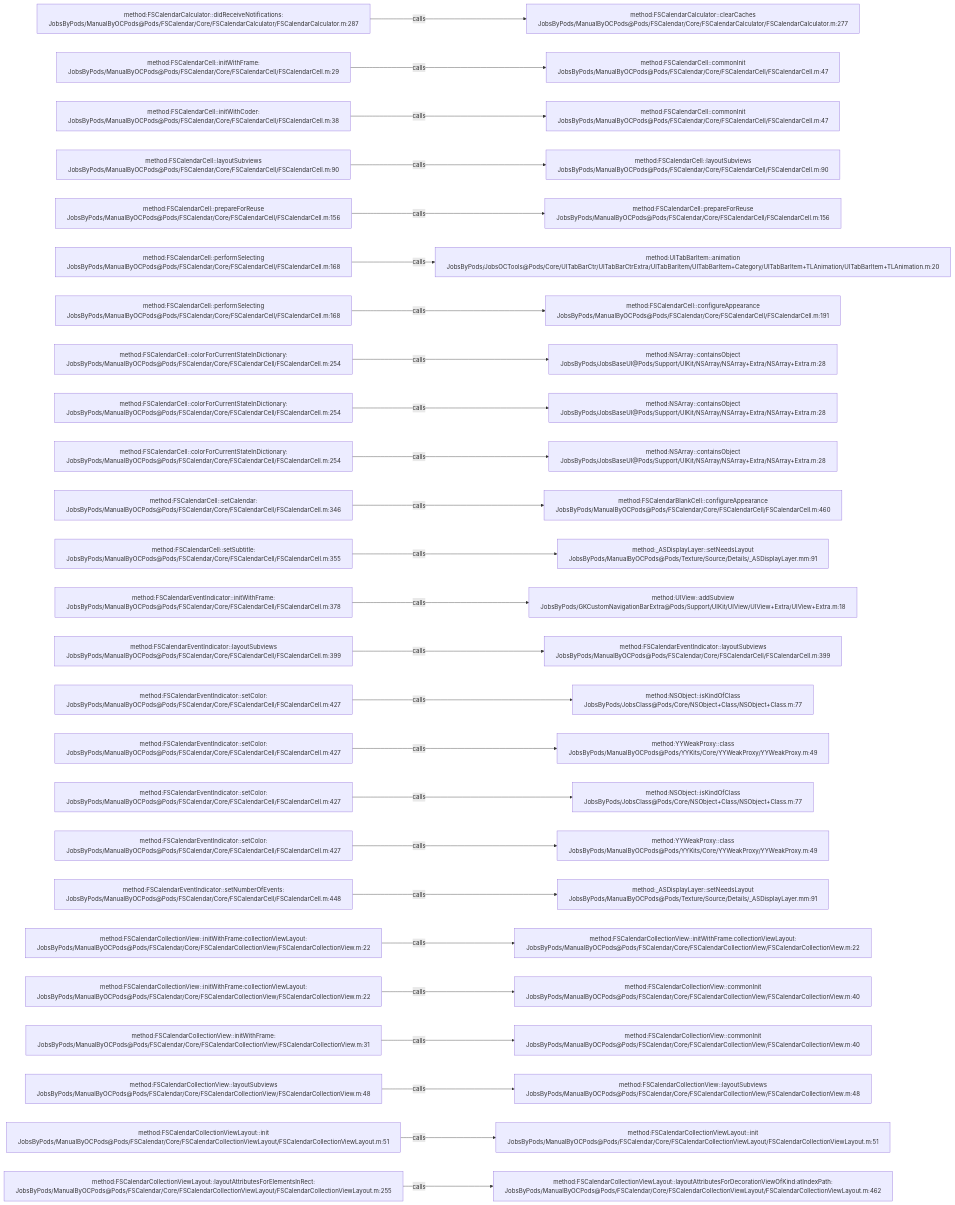
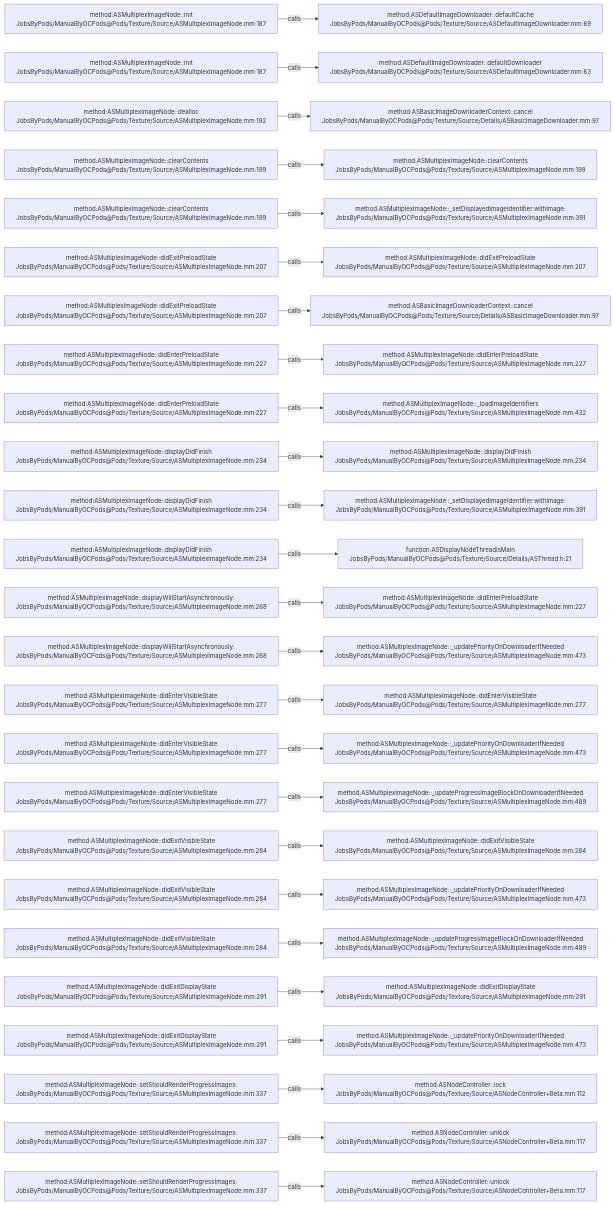
One commit to JobsKits/JobsOCBaseConfigDemo changed the diagram in .codegraph/codegraph.md/graphs/calls-122.md. Above: the diagram before and after it, drawn with Mermaid. The commit also changed 2162 other files, not shown here.

````diff
--- a/.codegraph/codegraph.md/graphs/calls-122.md
+++ b/.codegraph/codegraph.md/graphs/calls-122.md
@@ -13,78 +13,78 @@
 ```mermaid
 flowchart LR
-  S1["method:FSCalendarCalculator::didReceiveNotifications:<br/>JobsByPods/ManualByOCPods@Pods/FSCalendar/Core/FSCalendarCalculator/FSCalendarCalculator.m:287"]
-  T1["method:FSCalendarCalculator::clearCaches<br/>JobsByPods/ManualByOCPods@Pods/FSCalendar/Core/FSCalendarCalculator/FSCalendarCalculator.m:277"]
+  S1["method:ASMultiplexImageNode::init<br/>JobsByPods/ManualByOCPods@Pods/Texture/Source/ASMultiplexImageNode.mm:187"]
+  T1["method:ASDefaultImageDownloader::defaultCache<br/>JobsByPods/ManualByOCPods@Pods/Texture/Source/ASDefaultImageDownloader.mm:69"]
   S1 -->|calls| T1
-  S2["method:FSCalendarCell::initWithFrame:<br/>JobsByPods/ManualByOCPods@Pods/FSCalendar/Core/FSCalendarCell/FSCalendarCell.m:29"]
-  T2["method:FSCalendarCell::commonInit<br/>JobsByPods/ManualByOCPods@Pods/FSCalendar/Core/FSCalendarCell/FSCalendarCell.m:47"]
+  S2["method:ASMultiplexImageNode::init<br/>JobsByPods/ManualByOCPods@Pods/Texture/Source/ASMultiplexImageNode.mm:187"]
+  T2["method:ASDefaultImageDownloader::defaultDownloader<br/>JobsByPods/ManualByOCPods@Pods/Texture/Source/ASDefaultImageDownloader.mm:63"]
   S2 -->|calls| T2
-  S3["method:FSCalendarCell::initWithCoder:<br/>JobsByPods/ManualByOCPods@Pods/FSCalendar/Core/FSCalendarCell/FSCalendarCell.m:38"]
-  T3["method:FSCalendarCell::commonInit<br/>JobsByPods/ManualByOCPods@Pods/FSCalendar/Core/FSCalendarCell/FSCalendarCell.m:47"]
+  S3["method:ASMultiplexImageNode::dealloc<br/>JobsByPods/ManualByOCPods@Pods/Texture/Source/ASMultiplexImageNode.mm:192"]
+  T3["method:ASBasicImageDownloaderContext::cancel<br/>JobsByPods/ManualByOCPods@Pods/Texture/Source/Details/ASBasicImageDownloader.mm:97"]
   S3 -->|calls| T3
-  S4["method:FSCalendarCell::layoutSubviews<br/>JobsByPods/ManualByOCPods@Pods/FSCalendar/Core/FSCalendarCell/FSCalendarCell.m:90"]
-  T4["method:FSCalendarCell::layoutSubviews<br/>JobsByPods/ManualByOCPods@Pods/FSCalendar/Core/FSCalendarCell/FSCalendarCell.m:90"]
+  S4["method:ASMultiplexImageNode::clearContents<br/>JobsByPods/ManualByOCPods@Pods/Texture/Source/ASMultiplexImageNode.mm:199"]
+  T4["method:ASMultiplexImageNode::clearContents<br/>JobsByPods/ManualByOCPods@Pods/Texture/Source/ASMultiplexImageNode.mm:199"]
   S4 -->|calls| T4
-  S5["method:FSCalendarCell::prepareForReuse<br/>JobsByPods/ManualByOCPods@Pods/FSCalendar/Core/FSCalendarCell/FSCalendarCell.m:156"]
-  T5["method:FSCalendarCell::prepareForReuse<br/>JobsByPods/ManualByOCPods@Pods/FSCalendar/Core/FSCalendarCell/FSCalendarCell.m:156"]
+  S5["method:ASMultiplexImageNode::clearContents<br/>JobsByPods/ManualByOCPods@Pods/Texture/Source/ASMultiplexImageNode.mm:199"]
+  T5["method:ASMultiplexImageNode::_setDisplayedImageIdentifier:withImage:<br/>JobsByPods/ManualByOCPods@Pods/Texture/Source/ASMultiplexImageNode.mm:391"]
   S5 -->|calls| T5
-  S6["method:FSCalendarCell::performSelecting<br/>JobsByPods/ManualByOCPods@Pods/FSCalendar/Core/FSCalendarCell/FSCalendarCell.m:168"]
-  T6["method:UITabBarItem::animation<br/>JobsByPods/JobsOCTools@Pods/Core/UITabBarCtr/UITabBarCtrExtra/UITabBarItem/UITabBarItem+Category/UITabBarItem+TLAnimation/UITabBarItem+TLAnimation.m:20"]
+  S6["method:ASMultiplexImageNode::didExitPreloadState<br/>JobsByPods/ManualByOCPods@Pods/Texture/Source/ASMultiplexImageNode.mm:207"]
+  T6["method:ASMultiplexImageNode::didExitPreloadState<br/>JobsByPods/ManualByOCPods@Pods/Texture/Source/ASMultiplexImageNode.mm:207"]
   S6 -->|calls| T6
-  S7["method:FSCalendarCell::performSelecting<br/>JobsByPods/ManualByOCPods@Pods/FSCalendar/Core/FSCalendarCell/FSCalendarCell.m:168"]
-  T7["method:FSCalendarCell::configureAppearance<br/>JobsByPods/ManualByOCPods@Pods/FSCalendar/Core/FSCalendarCell/FSCalendarCell.m:191"]
+  S7["method:ASMultiplexImageNode::didExitPreloadState<br/>JobsByPods/ManualByOCPods@Pods/Texture/Source/ASMultiplexImageNode.mm:207"]
+  T7["method:ASBasicImageDownloaderContext::cancel<br/>JobsByPods/ManualByOCPods@Pods/Texture/Source/Details/ASBasicImageDownloader.mm:97"]
   S7 -->|calls| T7
-  S8["method:FSCalendarCell::colorForCurrentStateInDictionary:<br/>JobsByPods/ManualByOCPods@Pods/FSCalendar/Core/FSCalendarCell/FSCalendarCell.m:254"]
-  T8["method:NSArray::containsObject<br/>JobsByPods/JobsBaseUI@Pods/Support/UIKit/NSArray/NSArray+Extra/NSArray+Extra.m:28"]
+  S8["method:ASMultiplexImageNode::didEnterPreloadState<br/>JobsByPods/ManualByOCPods@Pods/Texture/Source/ASMultiplexImageNode.mm:227"]
+  T8["method:ASMultiplexImageNode::didEnterPreloadState<br/>JobsByPods/ManualByOCPods@Pods/Texture/Source/ASMultiplexImageNode.mm:227"]
   S8 -->|calls| T8
-  S9["method:FSCalendarCell::colorForCurrentStateInDictionary:<br/>JobsByPods/ManualByOCPods@Pods/FSCalendar/Core/FSCalendarCell/FSCalendarCell.m:254"]
-  T9["method:NSArray::containsObject<br/>JobsByPods/JobsBaseUI@Pods/Support/UIKit/NSArray/NSArray+Extra/NSArray+Extra.m:28"]
+  S9["method:ASMultiplexImageNode::didEnterPreloadState<br/>JobsByPods/ManualByOCPods@Pods/Texture/Source/ASMultiplexImageNode.mm:227"]
+  T9["method:ASMultiplexImageNode::_loadImageIdentifiers<br/>JobsByPods/ManualByOCPods@Pods/Texture/Source/ASMultiplexImageNode.mm:432"]
   S9 -->|calls| T9
-  S10["method:FSCalendarCell::colorForCurrentStateInDictionary:<br/>JobsByPods/ManualByOCPods@Pods/FSCalendar/Core/FSCalendarCell/FSCalendarCell.m:254"]
-  T10["method:NSArray::containsObject<br/>JobsByPods/JobsBaseUI@Pods/Support/UIKit/NSArray/NSArray+Extra/NSArray+Extra.m:28"]
+  S10["method:ASMultiplexImageNode::displayDidFinish<br/>JobsByPods/ManualByOCPods@Pods/Texture/Source/ASMultiplexImageNode.mm:234"]
+  T10["method:ASMultiplexImageNode::displayDidFinish<br/>JobsByPods/ManualByOCPods@Pods/Texture/Source/ASMultiplexImageNode.mm:234"]
   S10 -->|calls| T10
-  S11["method:FSCalendarCell::setCalendar:<br/>JobsByPods/ManualByOCPods@Pods/FSCalendar/Core/FSCalendarCell/FSCalendarCell.m:346"]
-  T11["method:FSCalendarBlankCell::configureAppearance<br/>JobsByPods/ManualByOCPods@Pods/FSCalendar/Core/FSCalendarCell/FSCalendarCell.m:460"]
+  S11["method:ASMultiplexImageNode::displayDidFinish<br/>JobsByPods/ManualByOCPods@Pods/Texture/Source/ASMultiplexImageNode.mm:234"]
+  T11["method:ASMultiplexImageNode::_setDisplayedImageIdentifier:withImage:<br/>JobsByPods/ManualByOCPods@Pods/Texture/Source/ASMultiplexImageNode.mm:391"]
   S11 -->|calls| T11
-  S12["method:FSCalendarCell::setSubtitle:<br/>JobsByPods/ManualByOCPods@Pods/FSCalendar/Core/FSCalendarCell/FSCalendarCell.m:355"]
-  T12["method:_ASDisplayLayer::setNeedsLayout<br/>JobsByPods/ManualByOCPods@Pods/Texture/Source/Details/_ASDisplayLayer.mm:91"]
+  S12["method:ASMultiplexImageNode::displayDidFinish<br/>JobsByPods/ManualByOCPods@Pods/Texture/Source/ASMultiplexImageNode.mm:234"]
+  T12["function:ASDisplayNodeThreadIsMain<br/>JobsByPods/ManualByOCPods@Pods/Texture/Source/Details/ASThread.h:21"]
   S12 -->|calls| T12
-  S13["method:FSCalendarEventIndicator::initWithFrame:<br/>JobsByPods/ManualByOCPods@Pods/FSCalendar/Core/FSCalendarCell/FSCalendarCell.m:378"]
-  T13["method:UIView::addSubview<br/>JobsByPods/GKCustomNavigationBarExtra@Pods/Support/UIKit/UIView/UIView+Extra/UIView+Extra.m:18"]
+  S13["method:ASMultiplexImageNode::displayWillStartAsynchronously:<br/>JobsByPods/ManualByOCPods@Pods/Texture/Source/ASMultiplexImageNode.mm:268"]
+  T13["method:ASMultiplexImageNode::didEnterPreloadState<br/>JobsByPods/ManualByOCPods@Pods/Texture/Source/ASMultiplexImageNode.mm:227"]
   S13 -->|calls| T13
-  S14["method:FSCalendarEventIndicator::layoutSubviews<br/>JobsByPods/ManualByOCPods@Pods/FSCalendar/Core/FSCalendarCell/FSCalendarCell.m:399"]
-  T14["method:FSCalendarEventIndicator::layoutSubviews<br/>JobsByPods/ManualByOCPods@Pods/FSCalendar/Core/FSCalendarCell/FSCalendarCell.m:399"]
+  S14["method:ASMultiplexImageNode::displayWillStartAsynchronously:<br/>JobsByPods/ManualByOCPods@Pods/Texture/Source/ASMultiplexImageNode.mm:268"]
+  T14["method:ASMultiplexImageNode::_updatePriorityOnDownloaderIfNeeded<br/>JobsByPods/ManualByOCPods@Pods/Texture/Source/ASMultiplexImageNode.mm:473"]
   S14 -->|calls| T14
-  S15["method:FSCalendarEventIndicator::setColor:<br/>JobsByPods/ManualByOCPods@Pods/FSCalendar/Core/FSCalendarCell/FSCalendarCell.m:427"]
-  T15["method:NSObject::isKindOfClass<br/>JobsByPods/JobsClass@Pods/Core/NSObject+Class/NSObject+Class.m:77"]
+  S15["method:ASMultiplexImageNode::didEnterVisibleState<br/>JobsByPods/ManualByOCPods@Pods/Texture/Source/ASMultiplexImageNode.mm:277"]
+  T15["method:ASMultiplexImageNode::didEnterVisibleState<br/>JobsByPods/ManualByOCPods@Pods/Texture/Source/ASMultiplexImageNode.mm:277"]
   S15 -->|calls| T15
-  S16["method:FSCalendarEventIndicator::setColor:<br/>JobsByPods/ManualByOCPods@Pods/FSCalendar/Core/FSCalendarCell/FSCalendarCell.m:427"]
-  T16["method:YYWeakProxy::class<br/>JobsByPods/ManualByOCPods@Pods/YYKits/Core/YYWeakProxy/YYWeakProxy.m:49"]
+  S16["method:ASMultiplexImageNode::didEnterVisibleState<br/>JobsByPods/ManualByOCPods@Pods/Texture/Source/ASMultiplexImageNode.mm:277"]
+  T16["method:ASMultiplexImageNode::_updatePriorityOnDownloaderIfNeeded<br/>JobsByPods/ManualByOCPods@Pods/Texture/Source/ASMultiplexImageNode.mm:473"]
   S16 -->|calls| T16
-  S17["method:FSCalendarEventIndicator::setColor:<br/>JobsByPods/ManualByOCPods@Pods/FSCalendar/Core/FSCalendarCell/FSCalendarCell.m:427"]
-  T17["method:NSObject::isKindOfClass<br/>JobsByPods/JobsClass@Pods/Core/NSObject+Class/NSObject+Class.m:77"]
+  S17["method:ASMultiplexImageNode::didEnterVisibleState<br/>JobsByPods/ManualByOCPods@Pods/Texture/Source/ASMultiplexImageNode.mm:277"]
+  T17["method:ASMultiplexImageNode::_updateProgressImageBlockOnDownloaderIfNeeded<br/>JobsByPods/ManualByOCPods@Pods/Texture/Source/ASMultiplexImageNode.mm:489"]
   S17 -->|calls| T17
-  S18["method:FSCalendarEventIndicator::setColor:<br/>JobsByPods/ManualByOCPods@Pods/FSCalendar/Core/FSCalendarCell/FSCalendarCell.m:427"]
-  T18["method:YYWeakProxy::class<br/>JobsByPods/ManualByOCPods@Pods/YYKits/Core/YYWeakProxy/YYWeakProxy.m:49"]
+  S18["method:ASMultiplexImageNode::didExitVisibleState<br/>JobsByPods/ManualByOCPods@Pods/Texture/Source/ASMultiplexImageNode.mm:284"]
+  T18["method:ASMultiplexImageNode::didExitVisibleState<br/>JobsByPods/ManualByOCPods@Pods/Texture/Source/ASMultiplexImageNode.mm:284"]
   S18 -->|calls| T18
-  S19["method:FSCalendarEventIndicator::setNumberOfEvents:<br/>JobsByPods/ManualByOCPods@Pods/FSCalendar/Core/FSCalendarCell/FSCalendarCell.m:448"]
-  T19["method:_ASDisplayLayer::setNeedsLayout<br/>JobsByPods/ManualByOCPods@Pods/Texture/Source/Details/_ASDisplayLayer.mm:91"]
+  S19["method:ASMultiplexImageNode::didExitVisibleState<br/>JobsByPods/ManualByOCPods@Pods/Texture/Source/ASMultiplexImageNode.mm:284"]
+  T19["method:ASMultiplexImageNode::_updatePriorityOnDownloaderIfNeeded<br/>JobsByPods/ManualByOCPods@Pods/Texture/Source/ASMultiplexImageNode.mm:473"]
   S19 -->|calls| T19
-  S20["method:FSCalendarCollectionView::initWithFrame:collectionViewLayout:<br/>JobsByPods/ManualByOCPods@Pods/FSCalendar/Core/FSCalendarCollectionView/FSCalendarCollectionView.m:22"]
-  T20["method:FSCalendarCollectionView::initWithFrame:collectionViewLayout:<br/>JobsByPods/ManualByOCPods@Pods/FSCalendar/Core/FSCalendarCollectionView/FSCalendarCollectionView.m:22"]
+  S20["method:ASMultiplexImageNode::didExitVisibleState<br/>JobsByPods/ManualByOCPods@Pods/Texture/Source/ASMultiplexImageNode.mm:284"]
+  T20["method:ASMultiplexImageNode::_updateProgressImageBlockOnDownloaderIfNeeded<br/>JobsByPods/ManualByOCPods@Pods/Texture/Source/ASMultiplexImageNode.mm:489"]
   S20 -->|calls| T20
-  S21["method:FSCalendarCollectionView::initWithFrame:collectionViewLayout:<br/>JobsByPods/ManualByOCPods@Pods/FSCalendar/Core/FSCalendarCollectionView/FSCalendarCollectionView.m:22"]
-  T21["method:FSCalendarCollectionView::commonInit<br/>JobsByPods/ManualByOCPods@Pods/FSCalendar/Core/FSCalendarCollectionView/FSCalendarCollectionView.m:40"]
+  S21["method:ASMultiplexImageNode::didExitDisplayState<br/>JobsByPods/ManualByOCPods@Pods/Texture/Source/ASMultiplexImageNode.mm:291"]
+  T21["method:ASMultiplexImageNode::didExitDisplayState<br/>JobsByPods/ManualByOCPods@Pods/Texture/Source/ASMultiplexImageNode.mm:291"]
   S21 -->|calls| T21
-  S22["method:FSCalendarCollectionView::initWithFrame:<br/>JobsByPods/ManualByOCPods@Pods/FSCalendar/Core/FSCalendarCollectionView/FSCalendarCollectionView.m:31"]
-  T22["method:FSCalendarCollectionView::commonInit<br/>JobsByPods/ManualByOCPods@Pods/FSCalendar/Core/FSCalendarCollectionView/FSCalendarCollectionView.m:40"]
+  S22["method:ASMultiplexImageNode::didExitDisplayState<br/>JobsByPods/ManualByOCPods@Pods/Texture/Source/ASMultiplexImageNode.mm:291"]
+  T22["method:ASMultiplexImageNode::_updatePriorityOnDownloaderIfNeeded<br/>JobsByPods/ManualByOCPods@Pods/Texture/Source/ASMultiplexImageNode.mm:473"]
   S22 -->|calls| T22
-  S23["method:FSCalendarCollectionView::layoutSubviews<br/>JobsByPods/ManualByOCPods@Pods/FSCalendar/Core/FSCalendarCollectionView/FSCalendarCollectionView.m:48"]
-  T23["method:FSCalendarCollectionView::layoutSubviews<br/>JobsByPods/ManualByOCPods@Pods/FSCalendar/Core/FSCalendarCollectionView/FSCalendarCollectionView.m:48"]
+  S23["method:ASMultiplexImageNode::setShouldRenderProgressImages:<br/>JobsByPods/ManualByOCPods@Pods/Texture/Source/ASMultiplexImageNode.mm:337"]
+  T23["method:ASNodeController::lock<br/>JobsByPods/ManualByOCPods@Pods/Texture/Source/ASNodeController+Beta.mm:112"]
   S23 -->|calls| T23
-  S24["method:FSCalendarCollectionViewLayout::init<br/>JobsByPods/ManualByOCPods@Pods/FSCalendar/Core/FSCalendarCollectionViewLayout/FSCalendarCollectionViewLayout.m:51"]
-  T24["method:FSCalendarCollectionViewLayout::init<br/>JobsByPods/ManualByOCPods@Pods/FSCalendar/Core/FSCalendarCollectionViewLayout/FSCalendarCollectionViewLayout.m:51"]
+  S24["method:ASMultiplexImageNode::setShouldRenderProgressImages:<br/>JobsByPods/ManualByOCPods@Pods/Texture/Source/ASMultiplexImageNode.mm:337"]
+  T24["method:ASNodeController::unlock<br/>JobsByPods/ManualByOCPods@Pods/Texture/Source/ASNodeController+Beta.mm:117"]
   S24 -->|calls| T24
-  S25["method:FSCalendarCollectionViewLayout::layoutAttributesForElementsInRect:<br/>JobsByPods/ManualByOCPods@Pods/FSCalendar/Core/FSCalendarCollectionViewLayout/FSCalendarCollectionViewLayout.m:255"]
-  T25["method:FSCalendarCollectionViewLayout::layoutAttributesForDecorationViewOfKind:atIndexPath:<br/>JobsByPods/ManualByOCPods@Pods/FSCalendar/Core/FSCalendarCollectionViewLayout/FSCalendarCollectionViewLayout.m:462"]
+  S25["method:ASMultiplexImageNode::setShouldRenderProgressImages:<br/>JobsByPods/ManualByOCPods@Pods/Texture/Source/ASMultiplexImageNode.mm:337"]
+  T25["method:ASNodeController::unlock<br/>JobsByPods/ManualByOCPods@Pods/Texture/Source/ASNodeController+Beta.mm:117"]
   S25 -->|calls| T25
 ```
````
